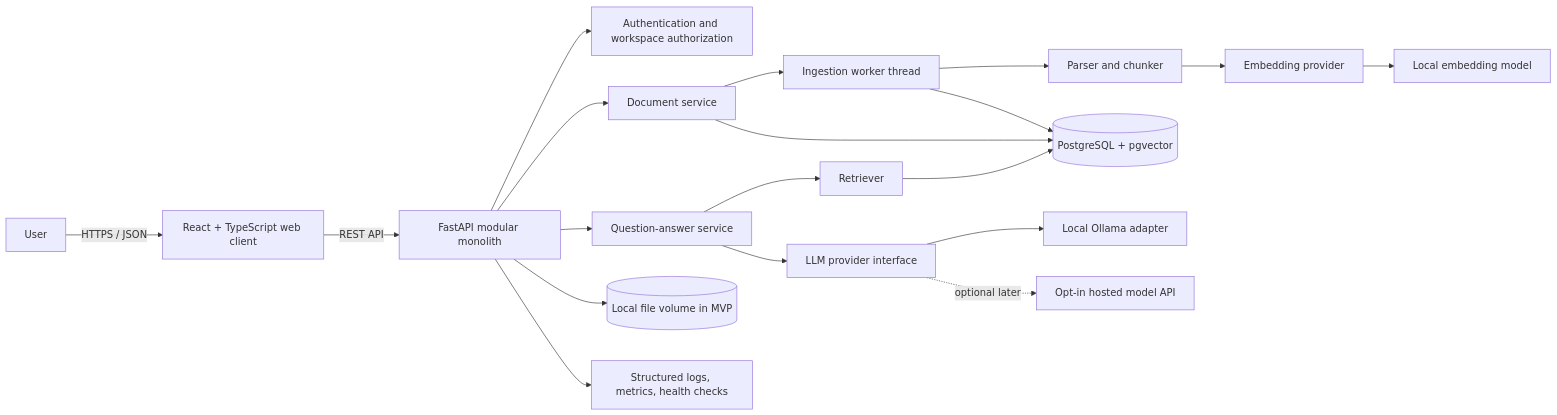
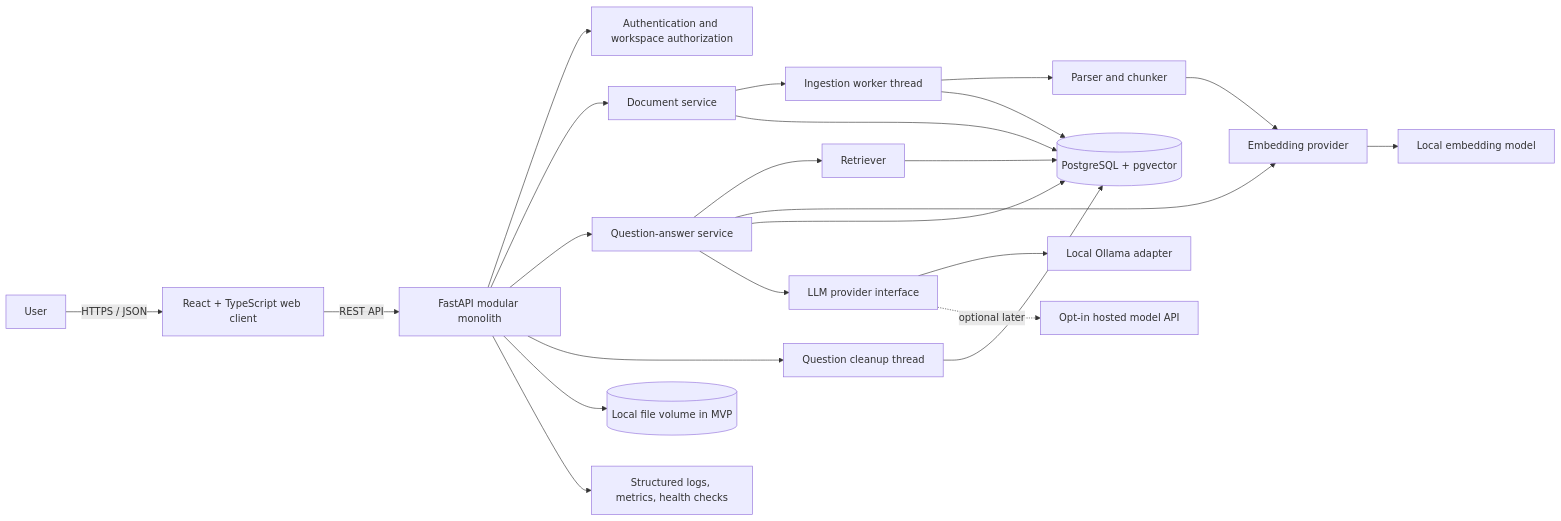
Before and after one commit to tatpudiarvind/evidence-backed-knowledge-assistant: the first of 4 diagrams in docs/specification/README.md, drawn with Mermaid. The commit also changed other lines of this file and 49 other files, not shown here.

````diff
--- a/docs/specification/README.md
+++ b/docs/specification/README.md
@@ -72,21 +72,25 @@
 ```mermaid
 flowchart LR
     U[User] -->|HTTPS / JSON| WEB[React + TypeScript web client]
     WEB -->|REST API| API[FastAPI modular monolith]
     API --> AUTH[Authentication and workspace authorization]
     API --> DOC[Document service]
     API --> QA[Question-answer service]
     DOC --> ING[Ingestion worker thread]
     ING --> PARSE[Parser and chunker]
     PARSE --> EMB[Embedding provider]
     QA --> RET[Retriever]
+    QA --> EMB
     RET --> DB[(PostgreSQL + pgvector)]
     DOC --> DB
     ING --> DB
+    QA --> DB
+    API --> CLEAN[Question cleanup thread]
+    CLEAN --> DB
     API --> STORE[(Local file volume in MVP)]
     QA --> LLM[LLM provider interface]
     EMB --> LOCAL[Local embedding model]
     LLM --> OLLAMA[Local Ollama adapter]
     LLM -. optional later .-> HOSTED[Opt-in hosted model API]
     API --> OBS[Structured logs, metrics, health checks]
 ```
````
